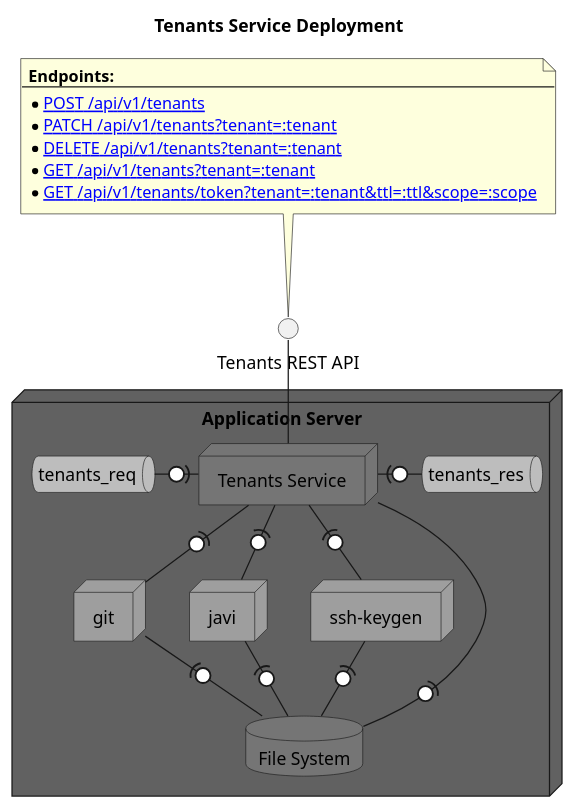
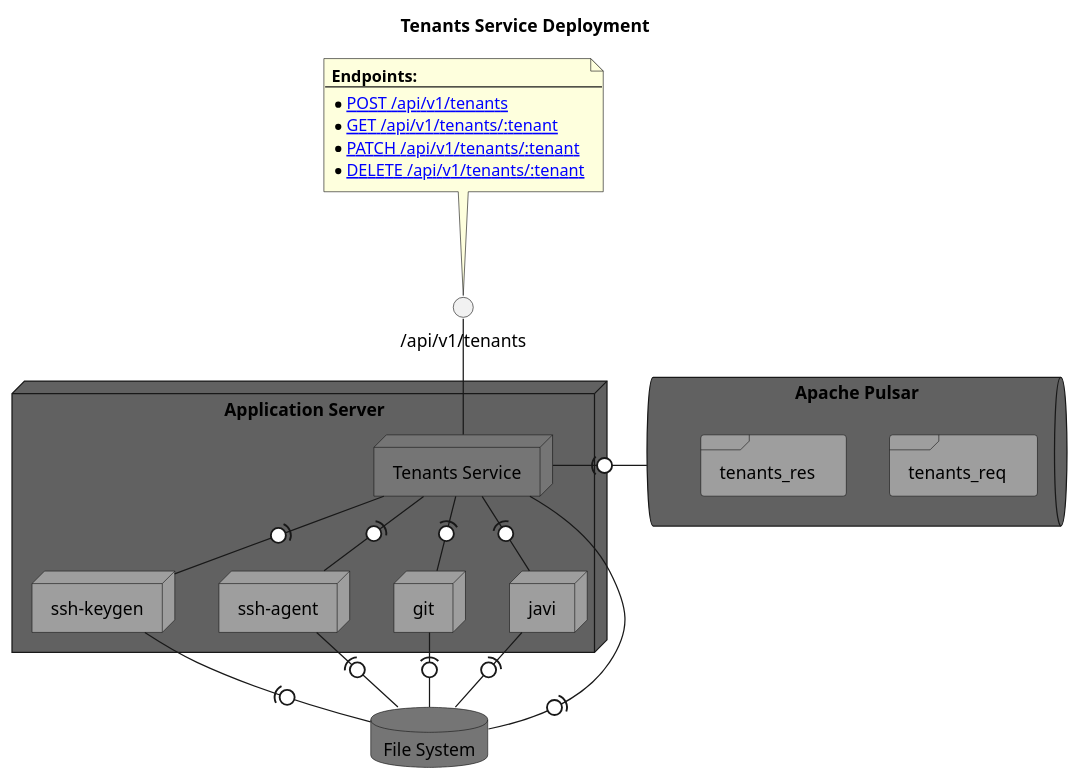
One commit to hdml-github/hdml-github.github.io changed the fourth of 5 diagrams in puml/general.puml. Above: the diagram before and after it, drawn with PlantUML. The commit also changed other lines of this file and 4 other files, not shown here.

```diff
--- a/puml/general.puml
+++ b/puml/general.puml
@@ -65,42 +90,55 @@
 @startuml tenants
-
   title Tenants Service Deployment
 
   note as API
     **Endpoints:**
     ----
     * [[./ POST /api/v1/tenants]]
-    * [[./ PATCH /api/v1/tenants?tenant=:tenant]]
-    * [[./ DELETE /api/v1/tenants?tenant=:tenant]]
-    * [[./ GET /api/v1/tenants?tenant=:tenant]]
-    * [[./ GET /api/v1/tenants/token?tenant=:tenant&ttl=:ttl&scope=:scope]]
+    * [[./ GET /api/v1/tenants/:tenant]]
+    * [[./ PATCH /api/v1/tenants/:tenant]]
+    * [[./ DELETE /api/v1/tenants/:tenant]]
   end note
 
-  interface "Tenants REST API" as Tenants_REST_API
+  interface "/api/v1/tenants" as Tenants_REST_API
   API -- Tenants_REST_API
 
   node "Application Server" as Application_Server #616161 {
-    queue "tenants_req" as tenants_req_queue #bdbdbd
-    queue "tenants_res" as tenants_res_queue #bdbdbd
-
     node "Tenants Service" as Tenants_Service #757575
     Tenants_REST_API -- Tenants_Service
-    tenants_req_queue -ri0)- Tenants_Service
-    tenants_res_queue -le0)- Tenants_Service
 
+    ' ssh-keygen -t rsa -P "" -b 4096 -m PEM -f tenant.key
+    ' ssh-keygen -e -m PEM -f tenant.key > tenant.pub
+    ' ssh-keygen -t ed25519 -C "user@example.com" -f tenant.git -N ""
+    node "ssh-keygen" as ssh_keygen #9e9e9e
+    Tenants_Service -(0- ssh_keygen
+
+    ' ssh-agent bash -c 'ssh-add ./data/tenant.git; git clone git@github.com:user/repos.git'
+    node "ssh-agent" as ssh_agent #9e9e9e
+    Tenants_Service -(0- ssh_agent
+
+    ' git config core.sshCommand "$(which ssh) -i ./data/tenant.git"
+    ' git config user.name "user"
+    ' git config user.email "user@example.com"
     node "git" as git #9e9e9e
     Tenants_Service -(0- git
 
+    ' javy compile -d -o ./bin/wasm/auth.wasm ./git/hooks/auth.js
+    ' javy compile -d -o ./bin/wasm/patch.wasm ./git/hooks/patch.js
+    ' javy compile -d -o ./bin/wasm/cache.wasm ./git/hooks/cache.js
     node "javi" as javi #9e9e9e
     Tenants_Service -(0- javi
+  }
 
-    node "ssh-keygen" as ssh_keygen #9e9e9e
-    Tenants_Service -(0- ssh_keygen
+  queue "Apache Pulsar" as Apache_Pulsar #616161 {
+    frame "tenants_req" as tenants_req_queue #9e9e9e
+    frame "tenants_res" as tenants_res_queue #9e9e9e
+  }
+  Tenants_Service -ri(0- Apache_Pulsar
 
-    database "File System" as File_System [[./fs.svg]] #757575
-    Tenants_Service -(0-- File_System
-    javi -(0- File_System
-    git -(0- File_System
-    ssh_keygen -(0- File_System
-  }
+  database "File System" as File_System [[./fs.svg]] #757575
+  Tenants_Service -(0- File_System
+  ssh_keygen -(0- File_System
+  ssh_agent -(0- File_System
+  git -(0- File_System
+  javi -(0- File_System
 @enduml
```
